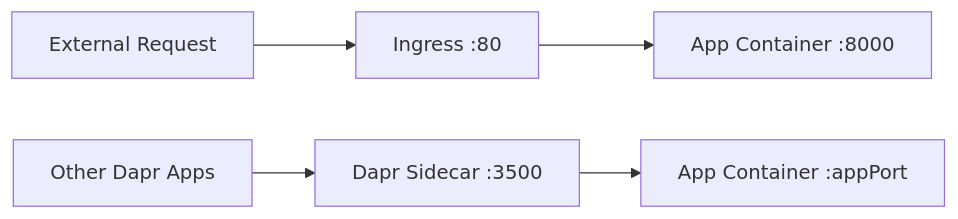
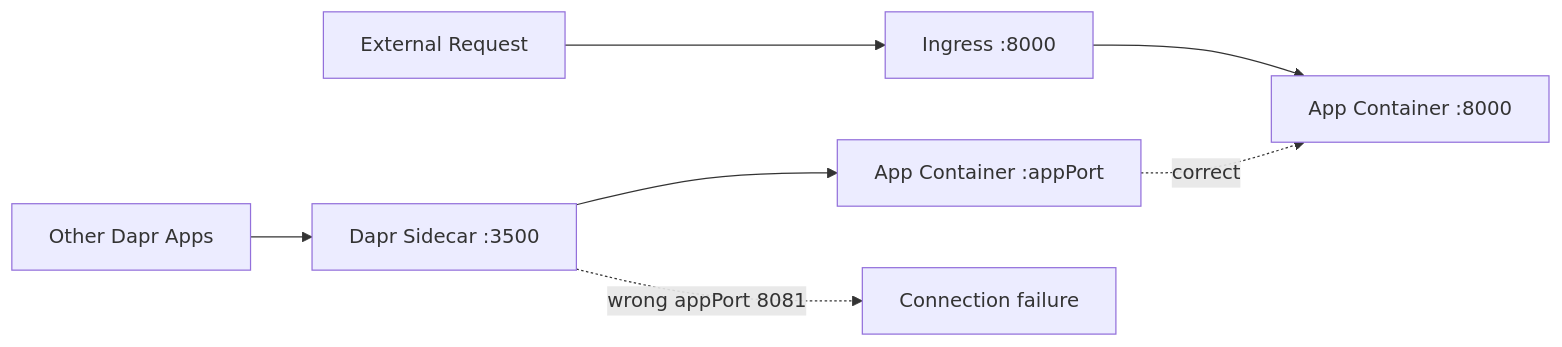
Before and after one commit to yeongseon/azure-container-apps-practical-guide: the diagram in docs/troubleshooting/lab-guides/dapr-integration.md, drawn with Mermaid. The commit also changed other lines of this file and 24 other files, not shown here.

````diff
--- a/docs/troubleshooting/lab-guides/dapr-integration.md
+++ b/docs/troubleshooting/lab-guides/dapr-integration.md
@@ -71,7 +23,9 @@
 ```mermaid
 flowchart LR
-    A[External Request] --> B[Ingress :80]
+    A[External Request] --> B[Ingress :8000]
     B --> C[App Container :8000]
     D[Dapr Sidecar :3500] --> E[App Container :appPort]
     F[Other Dapr Apps] --> D
+    E -. correct .-> C
+    D -. wrong appPort 8081 .-> G[Connection failure]
 ```
````
